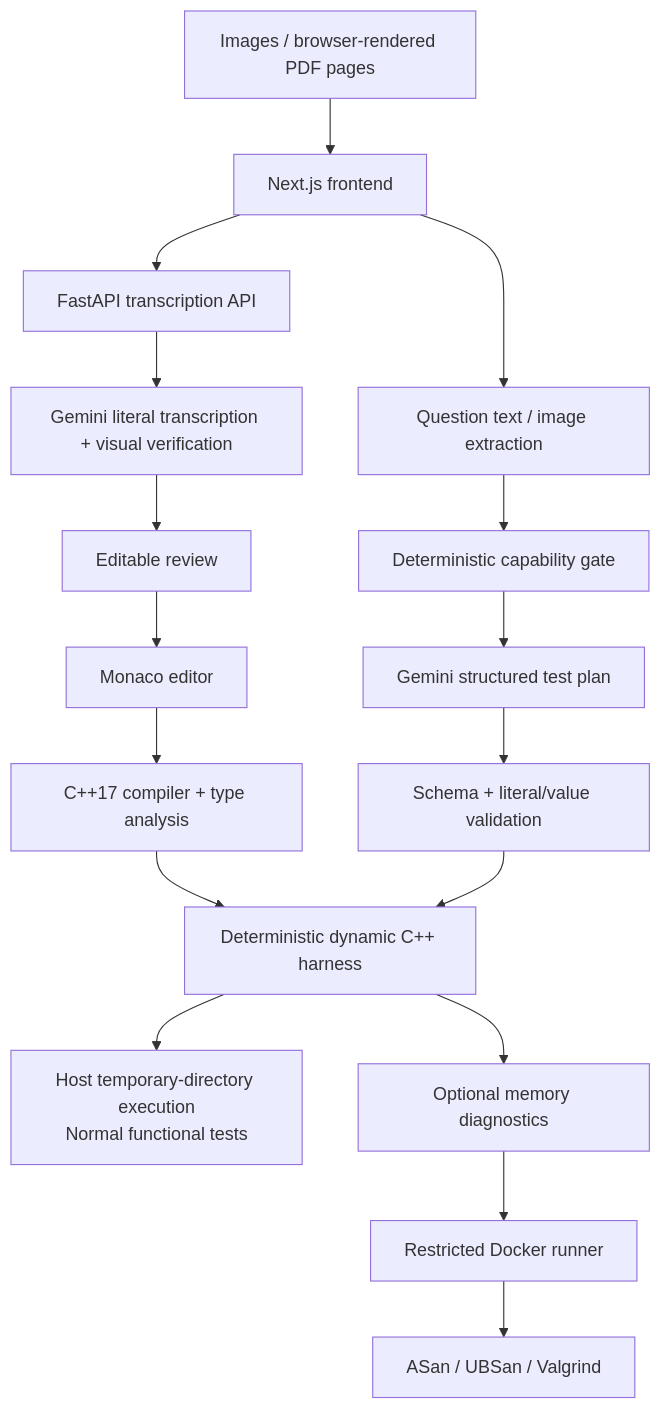
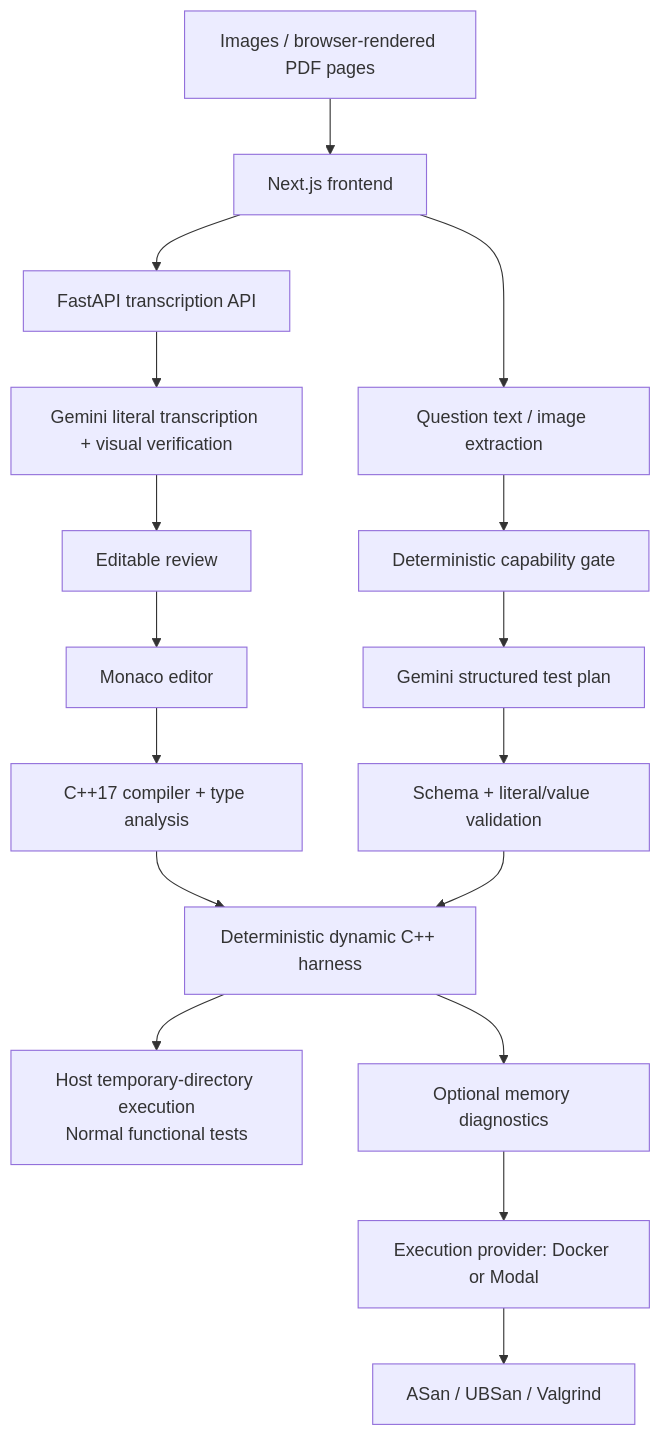
The diagram in README.md (joshvsingh2901/ink-to-code), drawn with Mermaid before and after one commit. The commit also changed other lines of this file and 24 other files, not shown here.

````diff
--- a/README.md
+++ b/README.md
@@ -38,22 +38,22 @@
 ```mermaid
 flowchart TD
     Upload["Images / browser-rendered PDF pages"] --> Frontend["Next.js frontend"]
     Frontend --> TranscriptionAPI["FastAPI transcription API"]
     TranscriptionAPI --> GeminiTranscription["Gemini literal transcription + visual verification"]
     GeminiTranscription --> Review["Editable review"]
     Review --> Monaco["Monaco editor"]
 
     Monaco --> Compiler["C++17 compiler + type analysis"]
     Compiler --> Harness["Deterministic dynamic C++ harness"]
     Harness --> HostRun["Host temporary-directory execution<br/>Normal functional tests"]
 
     Frontend --> Question["Question text / image extraction"]
     Question --> Capability["Deterministic capability gate"]
     Capability --> GeminiPlan["Gemini structured test plan"]
     GeminiPlan --> Validation["Schema + literal/value validation"]
     Validation --> Harness
 
     Harness --> Memory["Optional memory diagnostics"]
-    Memory --> Docker["Restricted Docker runner"]
-    Docker --> Tools["ASan / UBSan / Valgrind"]
+    Memory --> Provider["Execution provider: Docker or Modal"]
+    Provider --> Tools["ASan / UBSan / Valgrind"]
 ```
````
